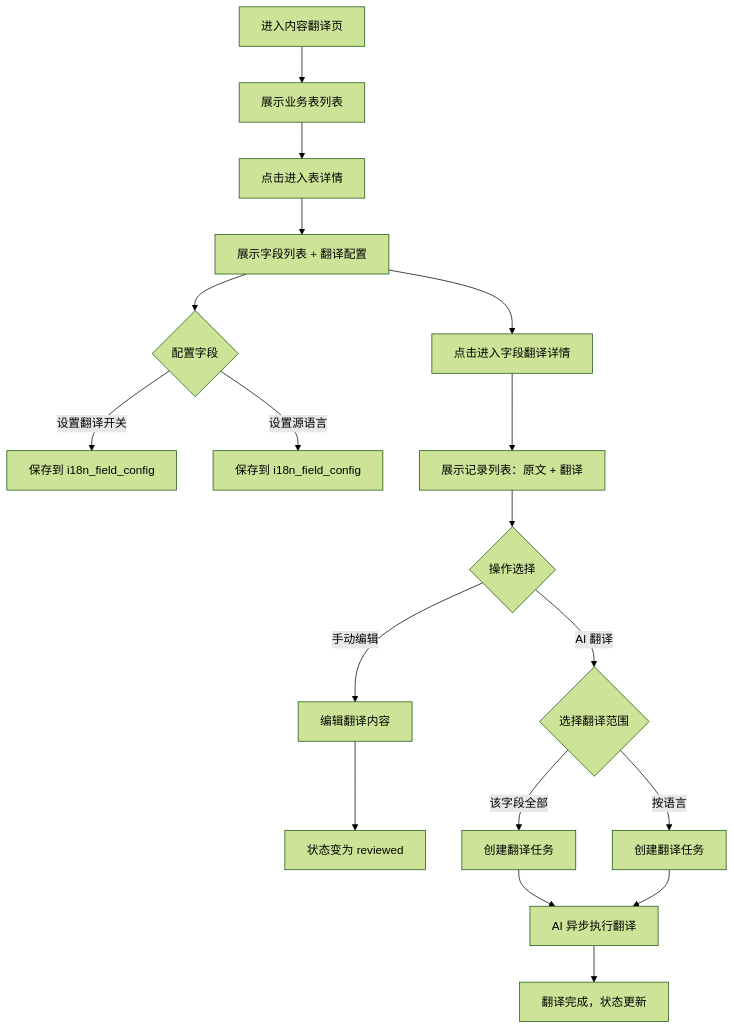
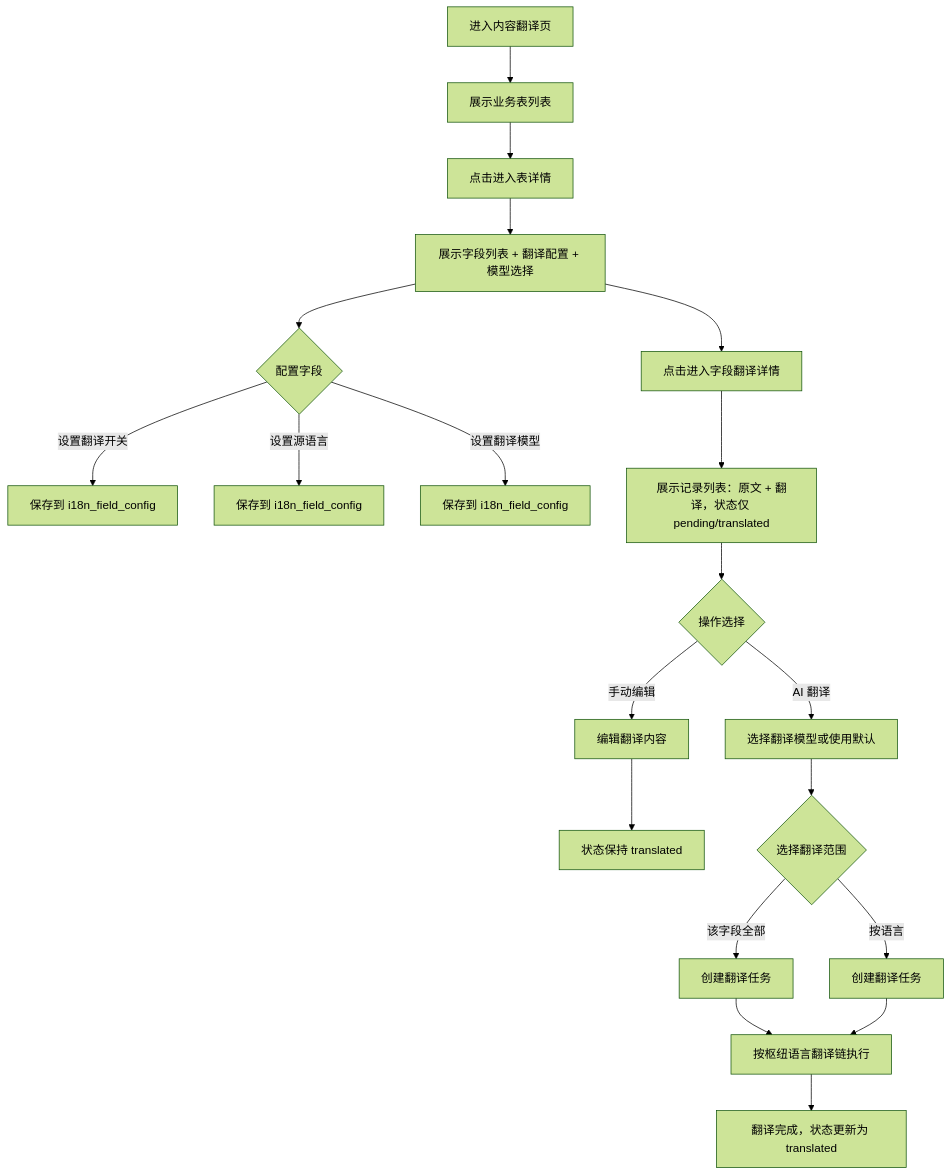
Before and after one commit to foryou2026/chinese: the third of 8 diagrams in docs/C02-ia-interaction/admin/i18n/translation-hub/02-flows.md, drawn with Mermaid (forest theme). The commit also changed other lines of this file and 33 other files, not shown here.

````diff
--- a/docs/C02-ia-interaction/admin/i18n/translation-hub/02-flows.md
+++ b/docs/C02-ia-interaction/admin/i18n/translation-hub/02-flows.md
@@ -41,19 +42,21 @@
 ```mermaid
 flowchart TD
     A[进入内容翻译页] --> B[展示业务表列表]
     B --> C[点击进入表详情]
-    C --> D[展示字段列表 + 翻译配置]
+    C --> D[展示字段列表 + 翻译配置 + 模型选择]
     D --> E{配置字段}
     E -->|设置翻译开关| F[保存到 i18n_field_config]
     E -->|设置源语言| G[保存到 i18n_field_config]
+    E -->|设置翻译模型| G2[保存到 i18n_field_config]
     D --> H[点击进入字段翻译详情]
-    H --> I[展示记录列表：原文 + 翻译]
+    H --> I[展示记录列表：原文 + 翻译，状态仅 pending/translated]
     I --> J{操作选择}
     J -->|手动编辑| K[编辑翻译内容]
-    K --> L[状态变为 reviewed]
-    J -->|AI 翻译| M{选择翻译范围}
+    K --> L[状态保持 translated]
+    J -->|AI 翻译| M0[选择翻译模型或使用默认]
+    M0 --> M{选择翻译范围}
     M -->|该字段全部| N[创建翻译任务]
     M -->|按语言| O[创建翻译任务]
-    N & O --> P[AI 异步执行翻译]
-    P --> Q[翻译完成，状态更新]
+    N & O --> P[按枢纽语言翻译链执行]
+    P --> Q[翻译完成，状态更新为 translated]
 ```
````
